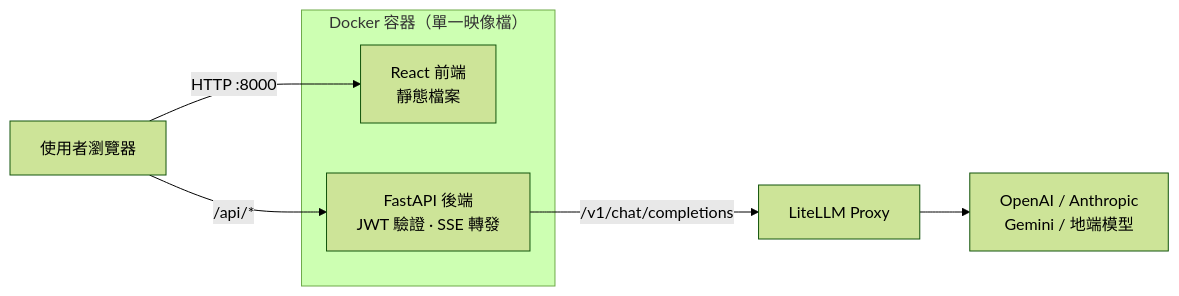
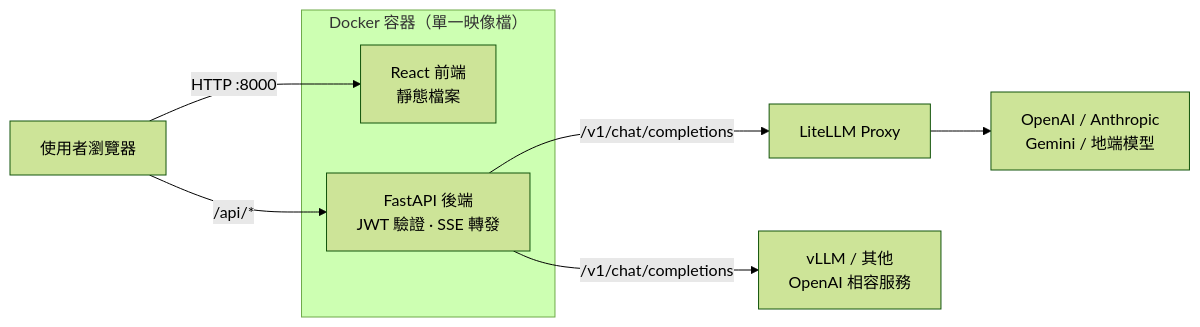
Before and after one commit to LiuYuWei/litellm-chatbot-ui: the diagram in README.md, drawn with Mermaid (forest theme). The commit also changed other lines of this file and 15 other files, not shown here.

````diff
--- a/README.md
+++ b/README.md
@@ -36,15 +39,17 @@
 ```mermaid
 flowchart LR
     U["使用者瀏覽器"]
     subgraph D["Docker 容器（單一映像檔）"]
         F["React 前端<br/>靜態檔案"]
         B["FastAPI 後端<br/>JWT 驗證 · SSE 轉發"]
     end
     L["LiteLLM Proxy"]
+    V["vLLM / 其他<br/>OpenAI 相容服務"]
     P["OpenAI / Anthropic<br/>Gemini / 地端模型"]
 
     U -->|"HTTP :8000"| F
     U -->|"/api/*"| B
     B -->|"/v1/chat/completions"| L
+    B -->|"/v1/chat/completions"| V
     L --> P
 ```
````
